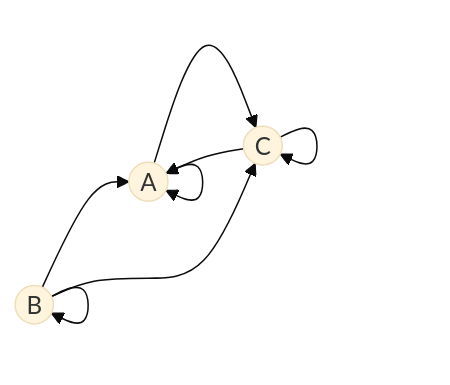
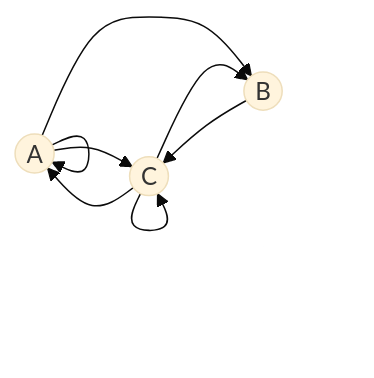
The fifth of 6 diagrams in task-3/tasks.md (hse-algo-24-owl/manual-tasks-owl), drawn with Mermaid (base theme) before and after one commit. The commit also changed other lines of this file, not shown here.

````diff
--- a/task-3/tasks.md
+++ b/task-3/tasks.md
@@ -100,11 +100,11 @@
 ```mermaid
 graph LR
 
 A((A)) --> C((C))
+A((A)) --> B((B))
 A --> A
-B((B)) --> A
-B --> C
-B --> B
+B((B)) --> C
 C --> C
 C --> A
+C --> B
 ```
````
